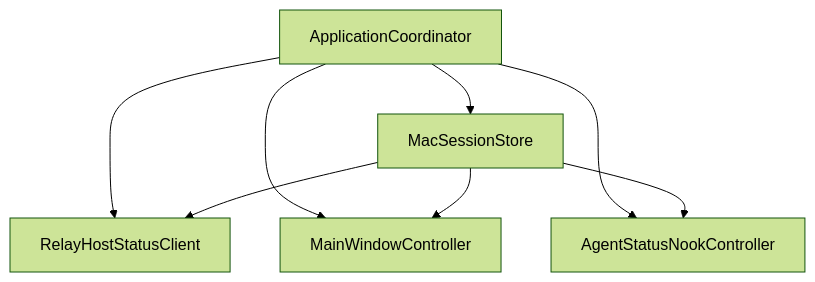
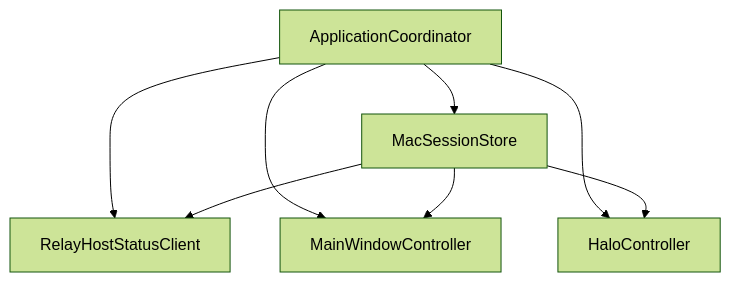
One commit to AFutureD/Lumi changed the first of 2 diagrams in docs/design/application-runtime.md. Above: the diagram before and after it, drawn with Mermaid (forest theme). The commit also changed other lines of this file and 25 other files, not shown here.

First line of the commit message:
Sweep the remaining AgentStatus wording out of docs, READMEs, design archive and editor config

````diff
--- a/docs/design/application-runtime.md
+++ b/docs/design/application-runtime.md
@@ -11,16 +11,16 @@
 ```mermaid
 flowchart TD
     Coordinator["ApplicationCoordinator"]
     Store["MacSessionStore"]
     Relay["RelayHostStatusClient"]
     Window["MainWindowController"]
-    Nook["AgentStatusNookController"]
+    Nook["HaloController"]
 
     Coordinator --> Store
     Coordinator --> Relay
     Coordinator --> Window
     Coordinator --> Nook
     Store --> Relay
     Store --> Window
     Store --> Nook
 ```
````
